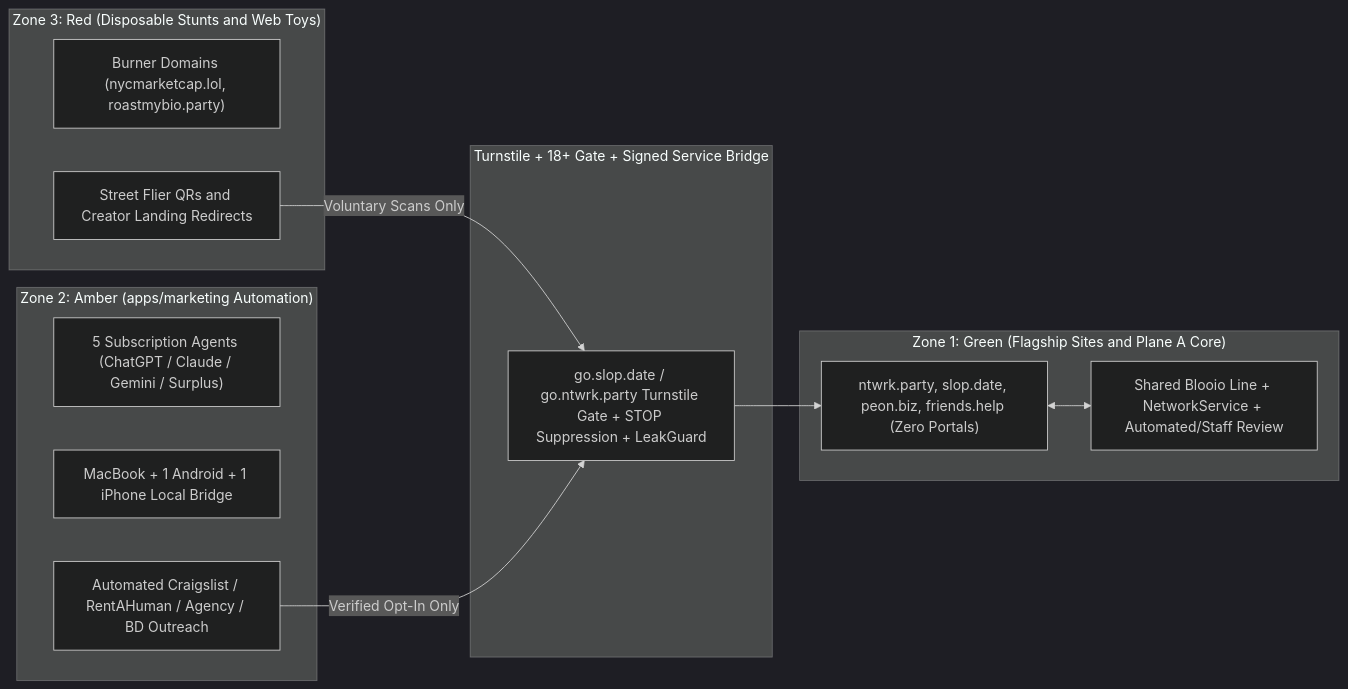
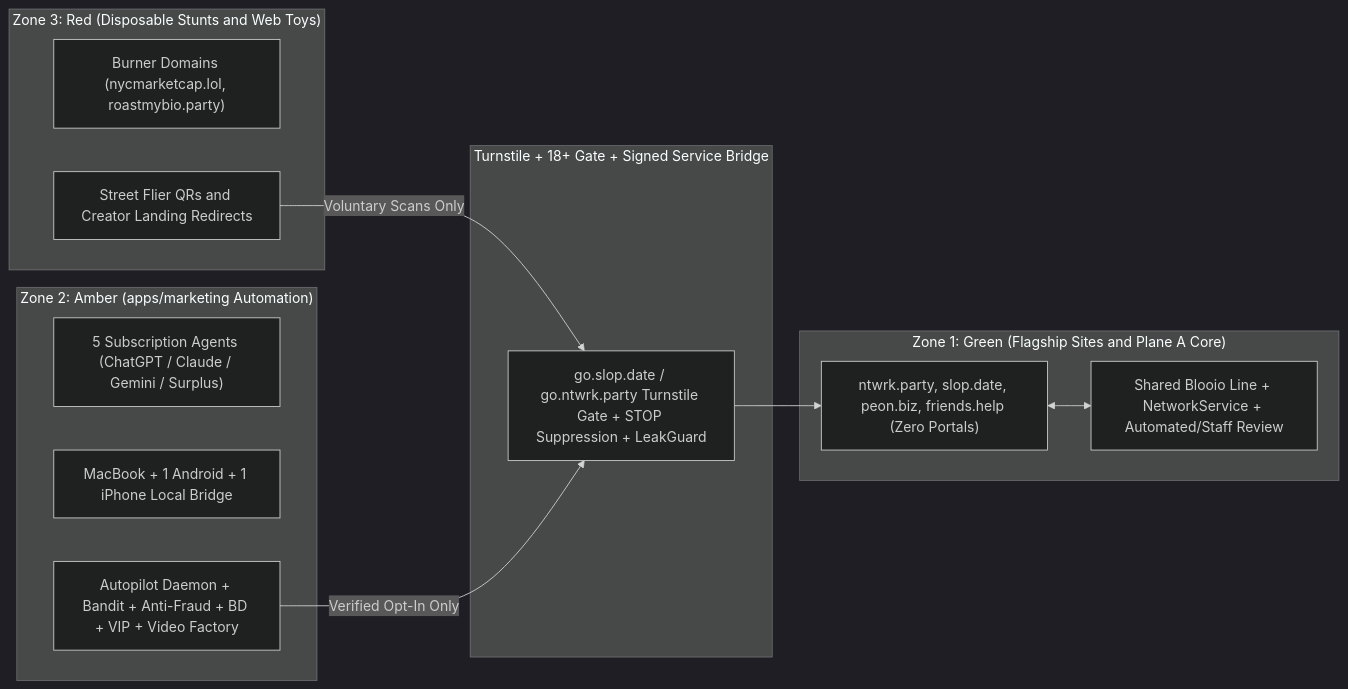
One commit to eliza-research/thenetwork changed the second of 2 diagrams in docs/marketing/STRATEGY.md. Above: the diagram before and after it, drawn with Mermaid (dark theme). The commit also changed other lines of this file and 42 other files, not shown here.

````diff
--- a/docs/marketing/STRATEGY.md
+++ b/docs/marketing/STRATEGY.md
@@ -114,27 +118,27 @@
 ```mermaid
 flowchart LR
     subgraph Z3["Zone 3: Red (Disposable Stunts and Web Toys)"]
         Z3A["Burner Domains (nycmarketcap.lol, roastmybio.party)"]
         Z3B["Street Flier QRs and Creator Landing Redirects"]
     end
 
     subgraph Z2["Zone 2: Amber (apps/marketing Automation)"]
         Z2A["5 Subscription Agents (ChatGPT / Claude / Gemini / Surplus)"]
         Z2B["MacBook + 1 Android + 1 iPhone Local Bridge"]
-        Z2C["Automated Craigslist / RentAHuman / Agency / BD Outreach"]
+        Z2C["Autopilot Daemon + Bandit + Anti-Fraud + BD + VIP + Video Factory"]
     end
 
     subgraph GATE["Turnstile + 18+ Gate + Signed Service Bridge"]
         FW["go.slop.date / go.ntwrk.party Turnstile Gate + STOP Suppression + LeakGuard"]
     end
 
     subgraph Z1["Zone 1: Green (Flagship Sites and Plane A Core)"]
         Z1A["ntwrk.party, slop.date, peon.biz, friends.help (Zero Portals)"]
         Z1B["Shared Blooio Line + NetworkService + Automated/Staff Review"]
     end
 
     Z3B -->|"Voluntary Scans Only"| FW
     Z2C -->|"Verified Opt-In Only"| FW
     FW --> Z1A
     Z1A <--> Z1B
 ```
````
